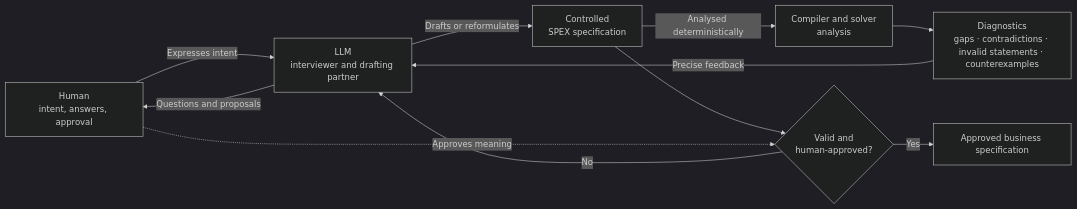
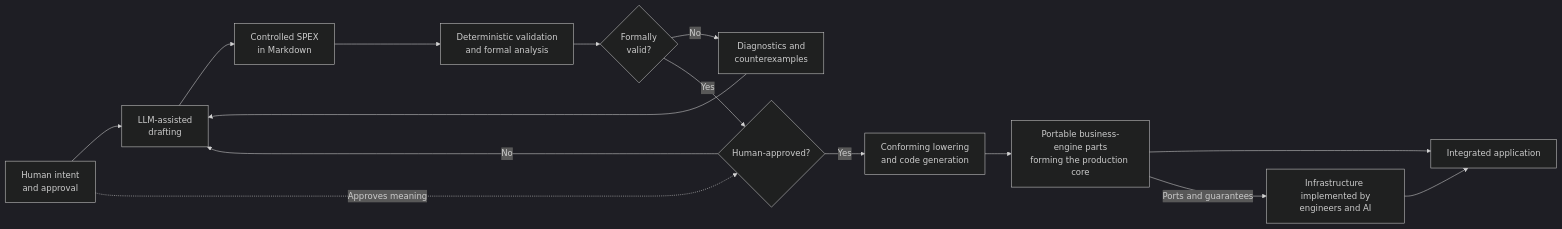
Before and after one commit to cmeierost/spex: the diagram in README.md, drawn with Mermaid (dark theme). The commit also changed other lines of this file, not shown here.

Commit message:
refine README with concise SPEX overview and restructured sections

````diff
--- a/README.md
+++ b/README.md
@@ -83,22 +90,29 @@
 ```mermaid
 flowchart LR
-    H["Human<br/>intent, answers, approval"]
-    L["LLM<br/>interviewer and drafting partner"]
-    S["Controlled<br/>SPEX specification"]
-    C["Compiler and solver<br/>analysis"]
-    F["Diagnostics<br/>gaps · contradictions · invalid statements · counterexamples"]
-    V{"Valid and<br/>human-approved?"}
-    A["Approved business specification"]
+    H["Human intent<br/>and approval"]
+    L["LLM-assisted<br/>drafting"]
+    S["Controlled SPEX<br/>in Markdown"]
+    A["Deterministic validation<br/>and formal analysis"]
+    Q{"Formally<br/>valid?"}
+    D["Diagnostics and<br/>counterexamples"]
+    V{"Human-approved?"}
+    C["Conforming lowering<br/>and code generation"]
+    B["Portable business-engine parts<br/>forming the production core"]
+    I["Infrastructure implemented by<br/>engineers and AI"]
+    APP["Integrated application"]
 
-    H -->|"Expresses intent"| L
-    L -->|"Drafts or reformulates"| S
-    S -->|"Analysed deterministically"| C
-    C --> F
-    F -->|"Precise feedback"| L
-    L -->|"Questions and proposals"| H
-
-    S --> V
+    H --> L
+    L --> S
+    S --> A
+    A --> Q
+    Q -->|"No"| D
+    D --> L
+    Q -->|"Yes"| V
     H -.->|"Approves meaning"| V
-    V -->|"Yes"| A
     V -->|"No"| L
+    V -->|"Yes"| C
+    C --> B
+    B --> APP
+    B -->|"Ports and guarantees"| I
+    I --> APP
 ```
````
